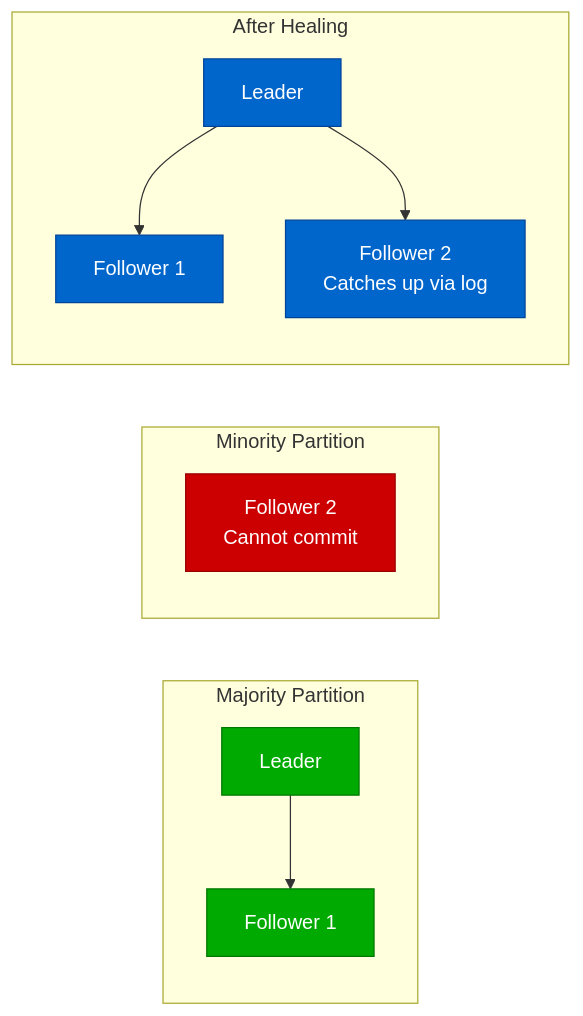
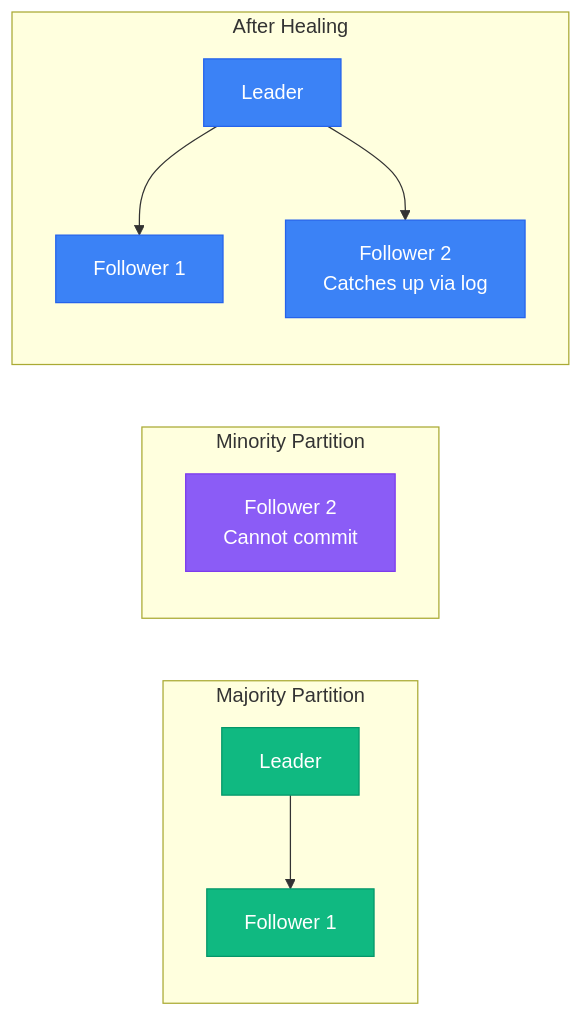
One commit to deepaucksharma/DS changed the sixth of 6 diagrams in site/docs/guarantees/linearizability/linearizability-implementation.md. Above: the diagram before and after it, drawn with Mermaid. The commit also changed other lines of this file and 303 other files, not shown here.

````diff
--- a/site/docs/guarantees/linearizability/linearizability-implementation.md
+++ b/site/docs/guarantees/linearizability/linearizability-implementation.md
@@ -316,23 +316,23 @@
 ```mermaid
 graph LR
     subgraph Majority[Majority Partition]
         L[Leader] --> F1[Follower 1]
     end
 
     subgraph Minority[Minority Partition]
         F2[Follower 2<br/>Cannot commit]
     end
 
     subgraph Resolution[After Healing]
         L2[Leader] --> F1_2[Follower 1]
         L2 --> F2_2[Follower 2<br/>Catches up via log]
     end
 
-    classDef majorityStyle fill:#00AA00,stroke:#007700,color:#fff
-    classDef minorityStyle fill:#CC0000,stroke:#990000,color:#fff
-    classDef healStyle fill:#0066CC,stroke:#004499,color:#fff
+    classDef majorityStyle fill:#10B981,stroke:#059669,color:#fff
+    classDef minorityStyle fill:#8B5CF6,stroke:#7C3AED,color:#fff
+    classDef healStyle fill:#3B82F6,stroke:#2563EB,color:#fff
 
     class L,F1 majorityStyle
     class F2 minorityStyle
     class L2,F1_2,F2_2 healStyle
 ```
````
